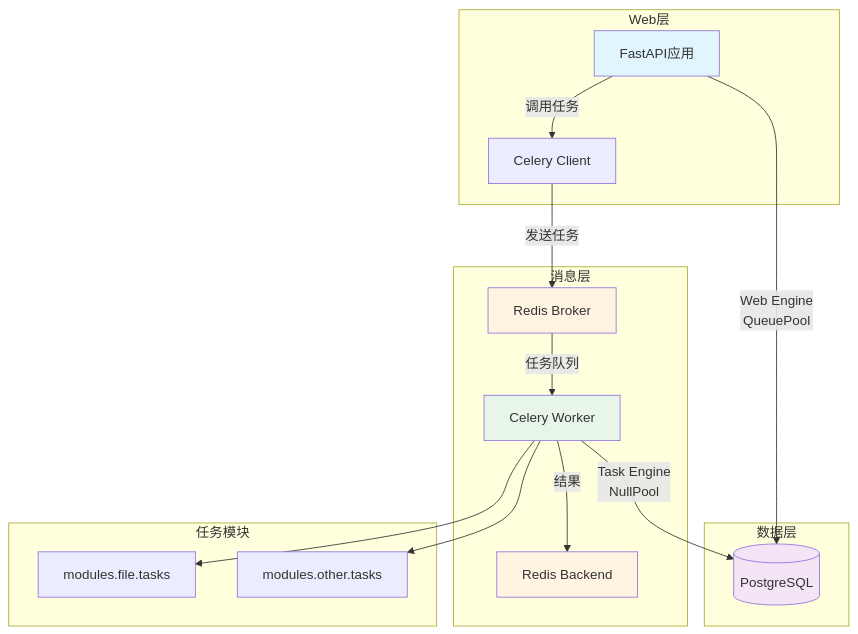
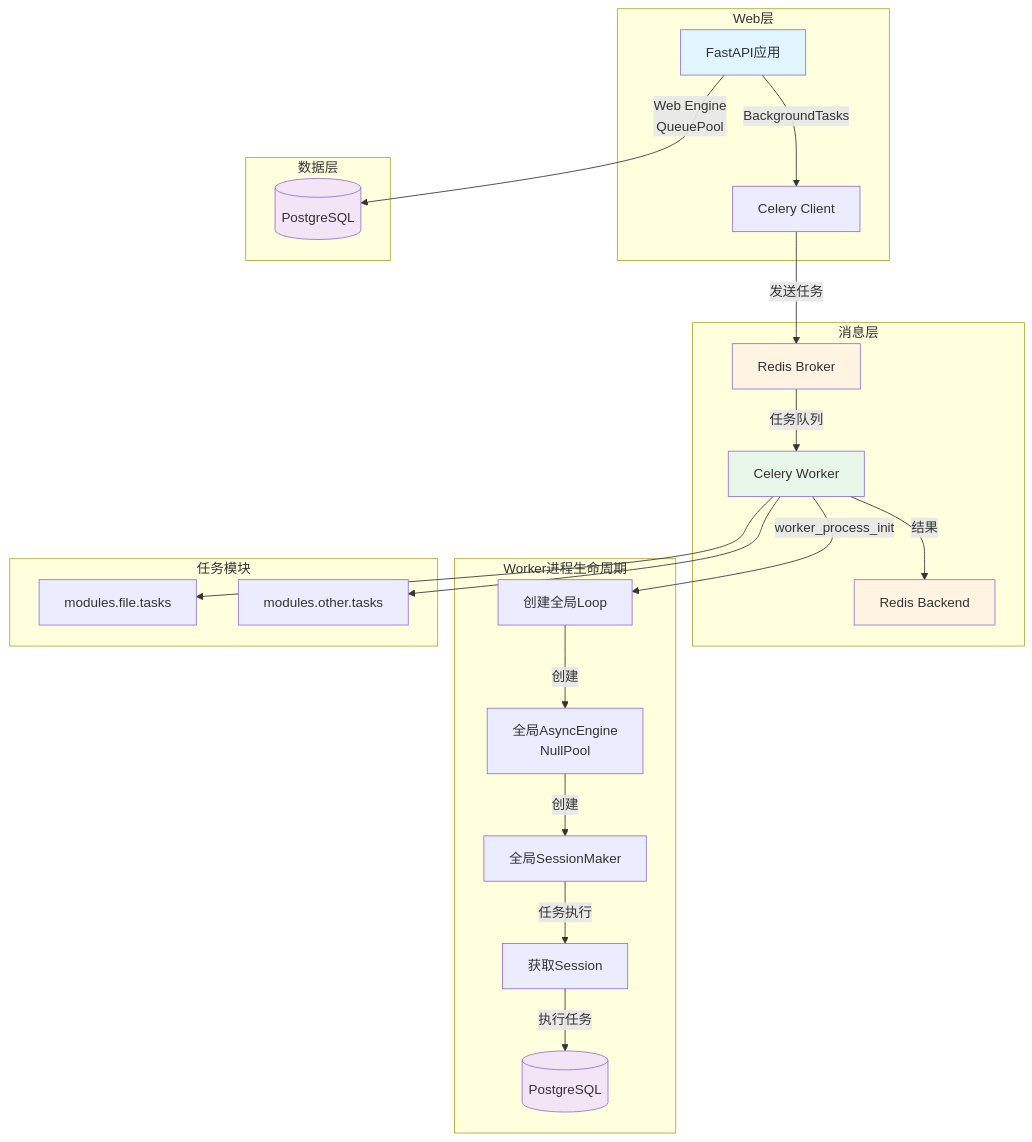
Before and after one commit to helloAhao096/helloahao096.github.io: the second of 7 diagrams in docs/posts/Celery 异步任务队列完整指南.md, drawn with Mermaid. The commit also changed other lines of this file, not shown here.

First line of the commit message:
docs(posts): 更新 Celery 文档，增强 Worker 生命周期与资源管理部分

````diff
--- a/docs/posts/Celery 异步任务队列完整指南.md
+++ b/docs/posts/Celery 异步任务队列完整指南.md
@@ -193,28 +175,36 @@
 ```mermaid
 graph TB
     subgraph "Web层"
-        A[FastAPI应用] -->|调用任务| B[Celery Client]
+        A[FastAPI应用] -->|BackgroundTasks| B[Celery Client]
     end
     
     subgraph "消息层"
         B -->|发送任务| C[Redis Broker]
         C -->|任务队列| D[Celery Worker]
         D -->|结果| E[Redis Backend]
     end
     
+    subgraph "Worker进程生命周期"
+        D -->|worker_process_init| F[创建全局Loop]
+        F -->|创建| G[全局AsyncEngine<br/>NullPool]
+        G -->|创建| H[全局SessionMaker]
+        H -->|任务执行| I[获取Session]
+        I -->|执行任务| J[(PostgreSQL)]
+    end
+    
     subgraph "数据层"
-        A -->|Web Engine<br/>QueuePool| F[(PostgreSQL)]
-        D -->|Task Engine<br/>NullPool| F
+        A -->|Web Engine<br/>QueuePool| K[(PostgreSQL)]
     end
     
     subgraph "任务模块"
-        D --> G[modules.file.tasks]
-        D --> H[modules.other.tasks]
+        D --> L[modules.file.tasks]
+        D --> M[modules.other.tasks]
     end
     
     style A fill:#e1f5ff
     style D fill:#e8f5e9
     style C fill:#fff4e1
     style E fill:#fff4e1
-    style F fill:#f3e5f5
+    style K fill:#f3e5f5
+    style J fill:#f3e5f5
 ```
````
